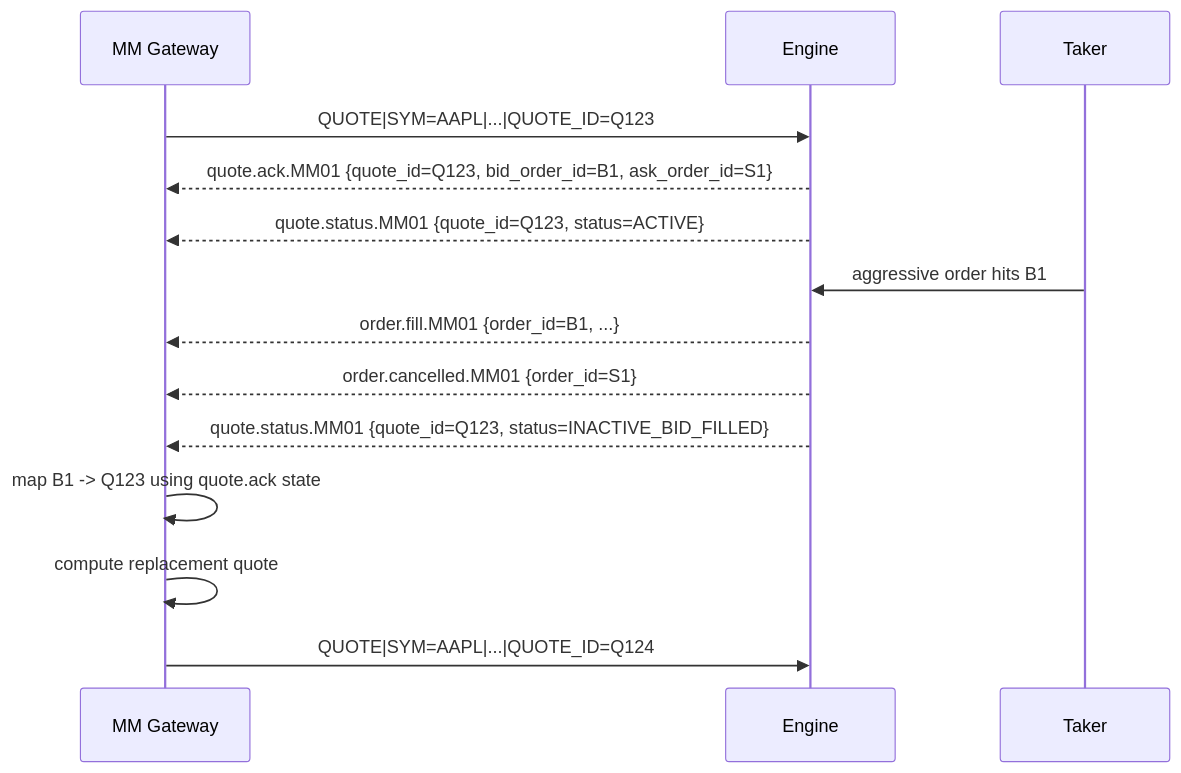
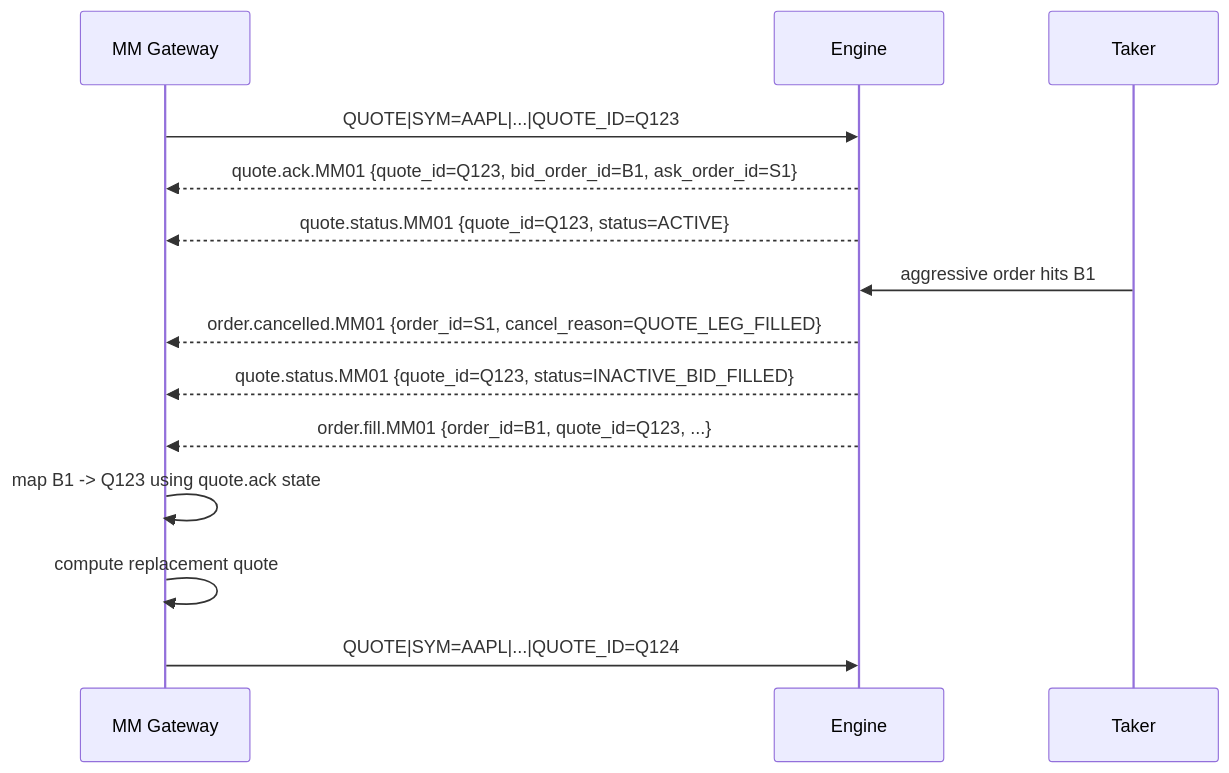
Before and after one commit to johan162/EduMatcher: the seventh of 7 diagrams in docs/books/participant-guide/part-3-market-making/020-market-making.md, drawn with Mermaid. The commit also changed other lines of this file and 13 other files, not shown here.

````diff
--- a/docs/books/participant-guide/part-3-market-making/020-market-making.md
+++ b/docs/books/participant-guide/part-3-market-making/020-market-making.md
@@ -1619,19 +1598,19 @@
 ```mermaid
 sequenceDiagram
     participant MM as MM Gateway
     participant ENG as Engine
     participant TK as Taker
 
     MM->>ENG: QUOTE|SYM=AAPL|...|QUOTE_ID=Q123
     ENG-->>MM: quote.ack.MM01 {quote_id=Q123, bid_order_id=B1, ask_order_id=S1}
     ENG-->>MM: quote.status.MM01 {quote_id=Q123, status=ACTIVE}
 
     TK->>ENG: aggressive order hits B1
-    ENG-->>MM: order.fill.MM01 {order_id=B1, ...}
-    ENG-->>MM: order.cancelled.MM01 {order_id=S1}
+    ENG-->>MM: order.cancelled.MM01 {order_id=S1, cancel_reason=QUOTE_LEG_FILLED}
     ENG-->>MM: quote.status.MM01 {quote_id=Q123, status=INACTIVE_BID_FILLED}
+    ENG-->>MM: order.fill.MM01 {order_id=B1, quote_id=Q123, ...}
 
     MM->>MM: map B1 -> Q123 using quote.ack state
     MM->>MM: compute replacement quote
     MM->>ENG: QUOTE|SYM=AAPL|...|QUOTE_ID=Q124
 ```
````
